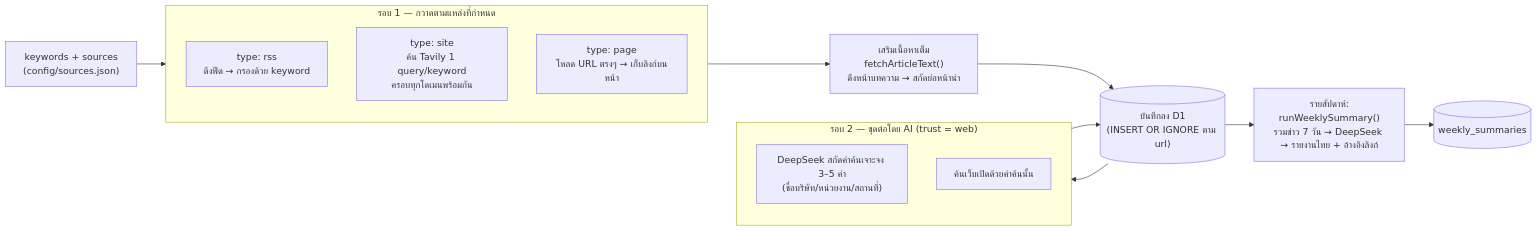
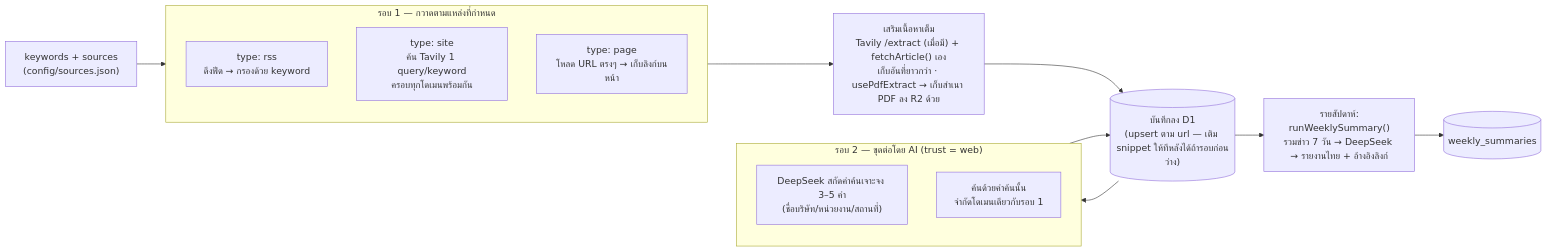
The second of 2 diagrams in README.md (songpont/searxng-cloudflare), drawn with Mermaid before and after one commit. The commit also changed other lines of this file, not shown here.

First line of the commit message:
docs: bring README up to date with engine tags, R2 archive, PDF sources

````diff
--- a/README.md
+++ b/README.md
@@ -80,25 +83,25 @@
 ```mermaid
 flowchart LR
     K["keywords + sources<br/>(config/sources.json)"] --> R1
 
     subgraph R1["รอบ 1 — กวาดตามแหล่งที่กำหนด"]
         RSS["type: rss<br/>ดึงฟีด → กรองด้วย keyword"]
         SITE["type: site<br/>ค้น Tavily 1 query/keyword<br/>ครอบทุกโดเมนพร้อมกัน"]
         PAGE["type: page<br/>โหลด URL ตรงๆ → เก็บลิงก์บนหน้า"]
     end
 
-    R1 --> ENRICH["เสริมเนื้อหาเต็ม<br/>fetchArticleText()<br/>ดึงหน้าบทความ → สกัดย่อหน้านำ"]
-    ENRICH --> INS[("บันทึกลง D1<br/>(INSERT OR IGNORE ตาม url)")]
+    R1 --> ENRICH["เสริมเนื้อหาเต็ม<br/>Tavily /extract (เมื่อมี) + fetchArticle() เอง<br/>เก็บอันที่ยาวกว่า · usePdfExtract → เก็บสำเนา PDF ลง R2 ด้วย"]
+    ENRICH --> INS[("บันทึกลง D1<br/>(upsert ตาม url — เติม snippet ให้ทีหลังได้ถ้ารอบก่อนว่าง)")]
 
     INS --> R2
 
     subgraph R2["รอบ 2 — ขุดต่อโดย AI (trust = web)"]
         Q["DeepSeek สกัดคำค้นเจาะจง 3–5 คำ<br/>(ชื่อบริษัท/หน่วยงาน/สถานที่)"]
-        WEB["ค้นเว็บเปิดด้วยคำค้นนั้น"]
+        WEB["ค้นด้วยคำค้นนั้น<br/>จำกัดโดเมนเดียวกับรอบ 1"]
     end
 
     R2 --> INS
 
     INS --> SUM["รายสัปดาห์:<br/>runWeeklySummary()<br/>รวมข่าว 7 วัน → DeepSeek → รายงานไทย + อ้างอิงลิงก์"]
     SUM --> SDB[("weekly_summaries")]
 ```
````
